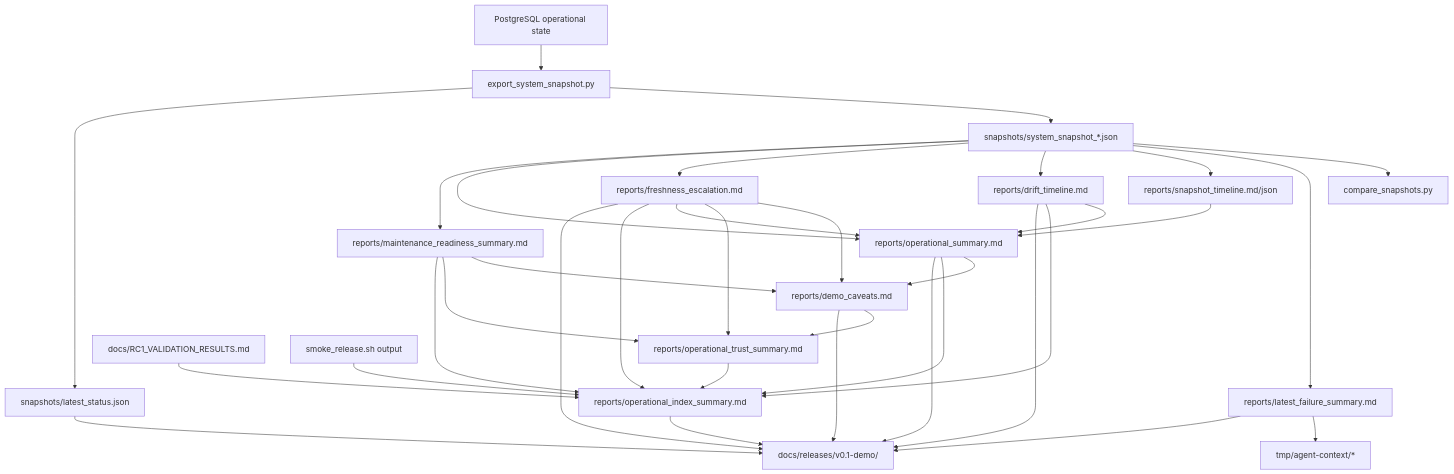
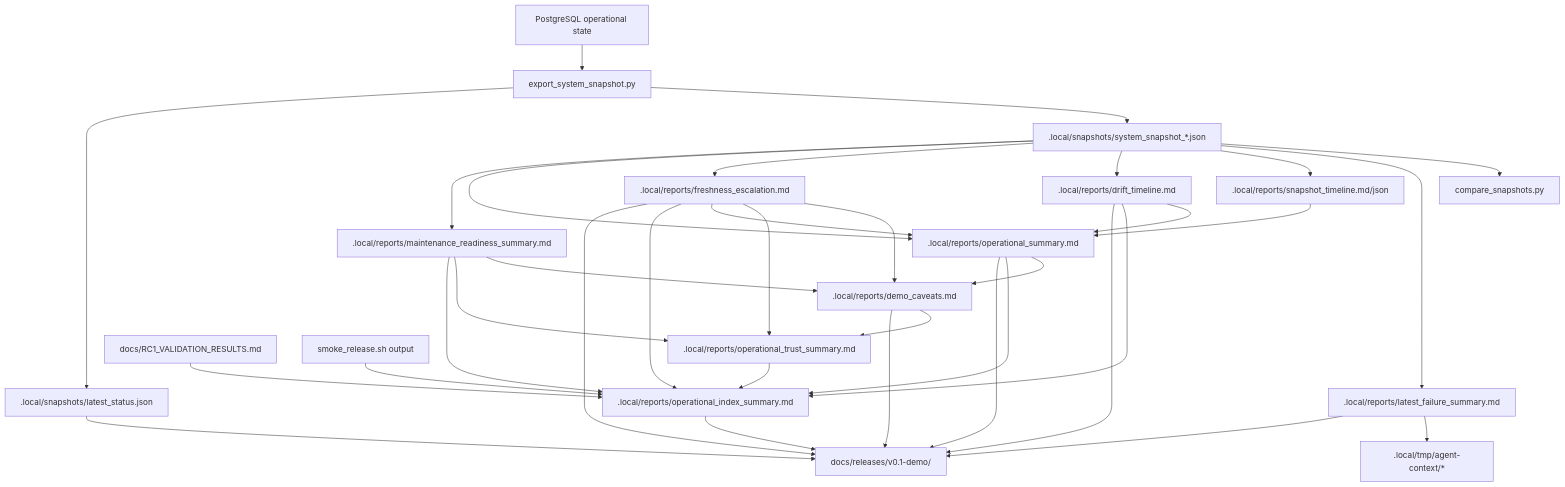
The diagram in docs/data/REPORT_RELATIONSHIPS.md (heinricitorgau/CrawlerNest), drawn with Mermaid before and after one commit. The commit also changed 107 other files, not shown here.

````diff
--- a/docs/data/REPORT_RELATIONSHIPS.md
+++ b/docs/data/REPORT_RELATIONSHIPS.md
@@ -12,56 +12,56 @@
 ```mermaid
 flowchart TD
     db["PostgreSQL operational state"]
     export["export_system_snapshot.py"]
-    snapshots["snapshots/system_snapshot_*.json"]
-    latest["snapshots/latest_status.json"]
+    snapshots[".local/snapshots/system_snapshot_*.json"]
+    latest[".local/snapshots/latest_status.json"]
     compare["compare_snapshots.py"]
-    failure["reports/latest_failure_summary.md"]
-    timeline["reports/snapshot_timeline.md/json"]
-    drift["reports/drift_timeline.md"]
-    freshness["reports/freshness_escalation.md"]
-    ops["reports/operational_summary.md"]
-    index["reports/operational_index_summary.md"]
-    maintenance["reports/maintenance_readiness_summary.md"]
-    caveats["reports/demo_caveats.md"]
-    trust["reports/operational_trust_summary.md"]
+    failure[".local/reports/latest_failure_summary.md"]
+    timeline[".local/reports/snapshot_timeline.md/json"]
+    drift[".local/reports/drift_timeline.md"]
+    freshness[".local/reports/freshness_escalation.md"]
+    ops[".local/reports/operational_summary.md"]
+    index[".local/reports/operational_index_summary.md"]
+    maintenance[".local/reports/maintenance_readiness_summary.md"]
+    caveats[".local/reports/demo_caveats.md"]
+    trust[".local/reports/operational_trust_summary.md"]
     validation["docs/RC1_VALIDATION_RESULTS.md"]
     smoke["smoke_release.sh output"]
     bundle["docs/releases/v0.1-demo/"]
-    agents["tmp/agent-context/*"]
+    agents[".local/tmp/agent-context/*"]
 
     db --> export
     export --> snapshots
     export --> latest
     snapshots --> compare
     snapshots --> failure
     snapshots --> timeline
     snapshots --> drift
     snapshots --> freshness
     snapshots --> ops
     snapshots --> maintenance
     freshness --> caveats
     ops --> caveats
     maintenance --> caveats
     freshness --> trust
     maintenance --> trust
     caveats --> trust
     failure --> agents
     timeline --> ops
     drift --> ops
     freshness --> ops
     ops --> index
     maintenance --> index
     trust --> index
     caveats --> bundle
     drift --> index
     freshness --> index
     validation --> index
     smoke --> index
     latest --> bundle
     failure --> bundle
     drift --> bundle
     freshness --> bundle
     ops --> bundle
     index --> bundle
 ```
````
